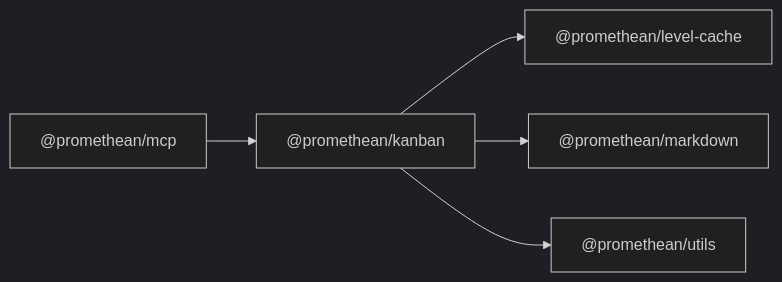
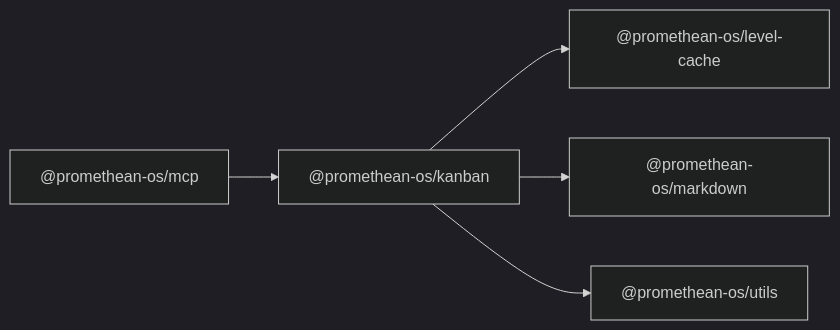
The diagram in docs/packages/kanban/README.md (octave-commons/promethean), drawn with Mermaid (dark theme) before and after one commit. The commit also changed other lines of this file and 1753 other files, not shown here.

````diff
--- a/docs/packages/kanban/README.md
+++ b/docs/packages/kanban/README.md
@@ -14,16 +14,16 @@
 ```mermaid
 graph LR
-  A["@promethean/kanban"]
-  D1["@promethean/level-cache"]
-  D2["@promethean/markdown"]
-  D3["@promethean/utils"]
-  R1["@promethean/mcp"]
-  A --> D1["@promethean/level-cache"]
-  A --> D2["@promethean/markdown"]
-  A --> D3["@promethean/utils"]
-  R1["@promethean/mcp"] --> A
-  click D1 "../level-cache/README.md" "@promethean/level-cache"
-  click D2 "../markdown/README.md" "@promethean/markdown"
-  click D3 "../utils/README.md" "@promethean/utils"
-  click R1 "../mcp/README.md" "@promethean/mcp"
+  A["@promethean-os/kanban"]
+  D1["@promethean-os/level-cache"]
+  D2["@promethean-os/markdown"]
+  D3["@promethean-os/utils"]
+  R1["@promethean-os/mcp"]
+  A --> D1["@promethean-os/level-cache"]
+  A --> D2["@promethean-os/markdown"]
+  A --> D3["@promethean-os/utils"]
+  R1["@promethean-os/mcp"] --> A
+  click D1 "../level-cache/README.md" "@promethean-os/level-cache"
+  click D2 "../markdown/README.md" "@promethean-os/markdown"
+  click D3 "../utils/README.md" "@promethean-os/utils"
+  click R1 "../mcp/README.md" "@promethean-os/mcp"
 ```
````
